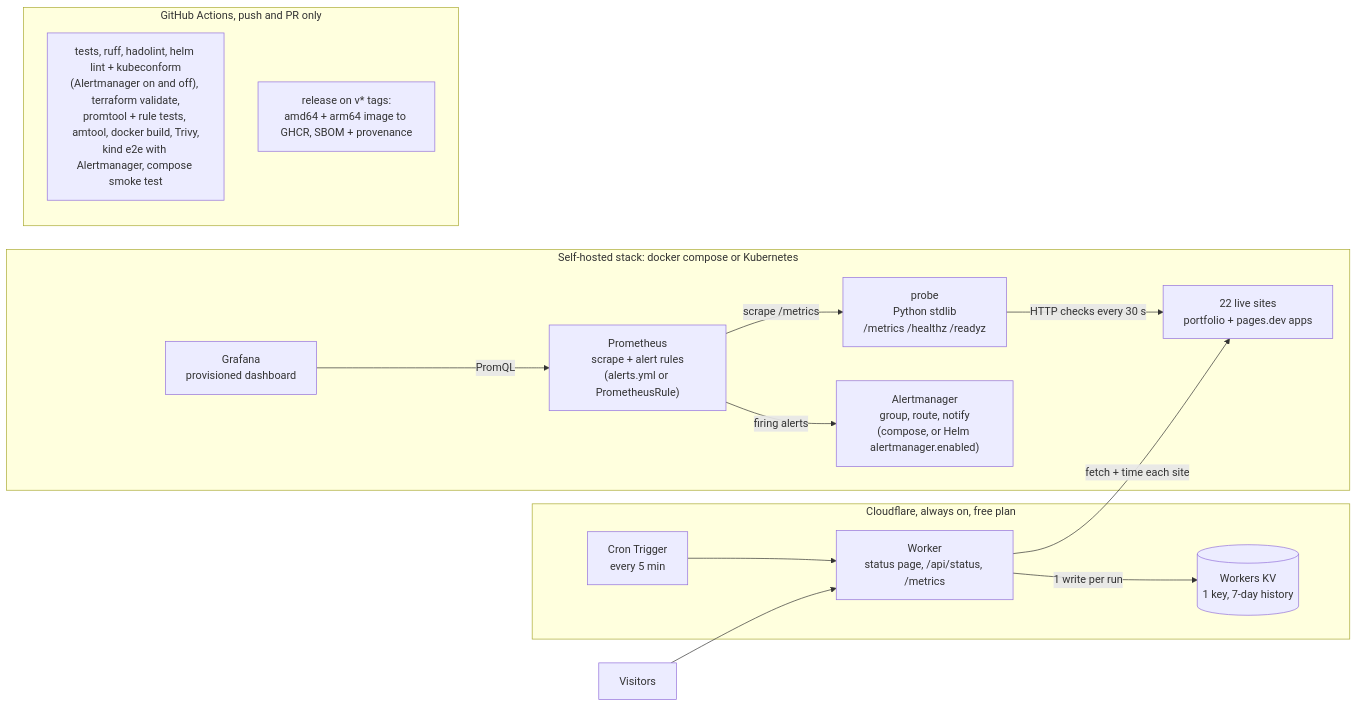
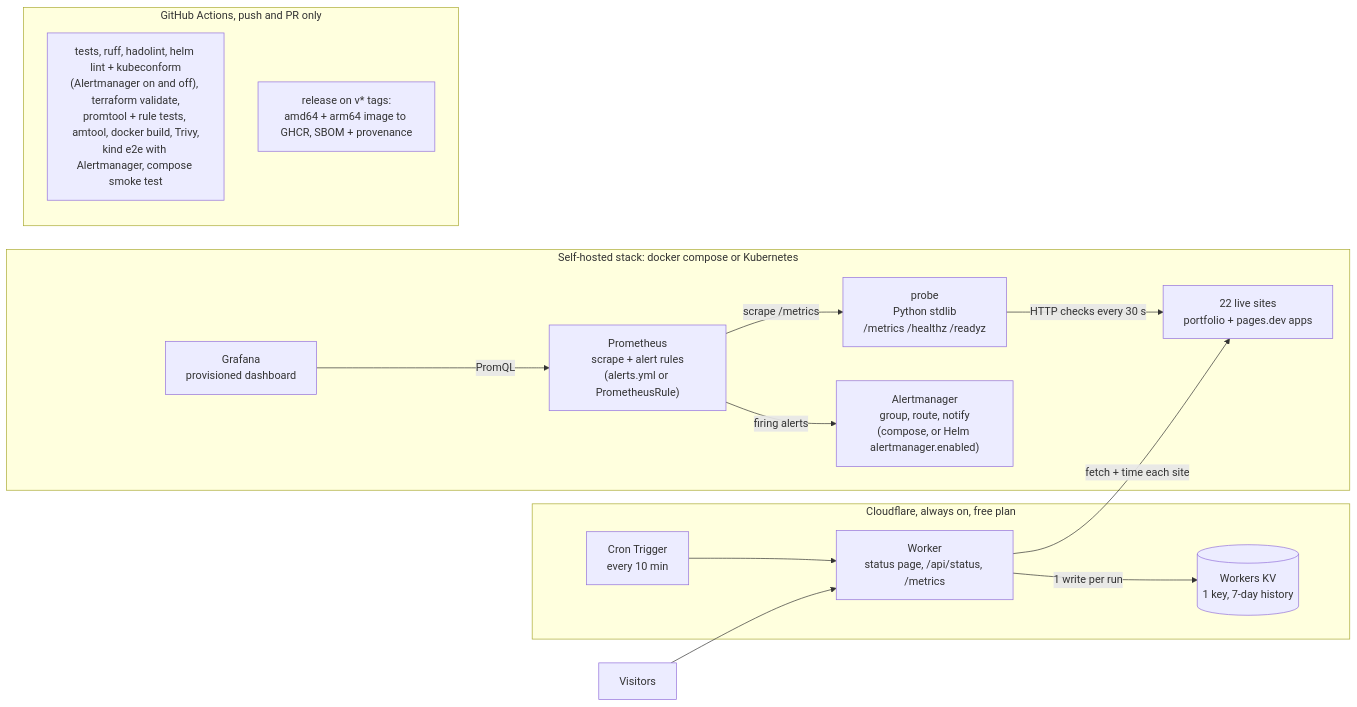
One commit to naniiic137/fleetwatch changed the first of 2 diagrams in README.md. Above: the diagram before and after it, drawn with Mermaid. The commit also changed other lines of this file and 10 other files, not shown here.

````diff
--- a/README.md
+++ b/README.md
@@ -18,31 +18,31 @@
 ```mermaid
 flowchart LR
     sites["22 live sites<br/>portfolio + pages.dev apps"]
 
     subgraph local["Self-hosted stack: docker compose or Kubernetes"]
         probe["probe<br/>Python stdlib<br/>/metrics /healthz /readyz"]
         prom["Prometheus<br/>scrape + alert rules<br/>(alerts.yml or PrometheusRule)"]
         am["Alertmanager<br/>group, route, notify<br/>(compose, or Helm alertmanager.enabled)"]
         graf["Grafana<br/>provisioned dashboard"]
         probe -- "HTTP checks every 30 s" --> sites
         prom -- "scrape /metrics" --> probe
         prom -- "firing alerts" --> am
         graf -- "PromQL" --> prom
     end
 
     subgraph cf["Cloudflare, always on, free plan"]
-        cron["Cron Trigger<br/>every 5 min"]
+        cron["Cron Trigger<br/>every 10 min"]
         worker["Worker<br/>status page, /api/status, /metrics"]
         kv[("Workers KV<br/>1 key, 7-day history")]
         cron --> worker
         worker -- "fetch + time each site" --> sites
         worker -- "1 write per run" --> kv
     end
 
     visitors["Visitors"] --> worker
 
     subgraph gha["GitHub Actions, push and PR only"]
         ci["tests, ruff, hadolint, helm lint + kubeconform<br/>(Alertmanager on and off), terraform validate,<br/>promtool + rule tests, amtool, docker build, Trivy,<br/>kind e2e with Alertmanager, compose smoke test"]
         rel["release on v* tags:<br/>amd64 + arm64 image to GHCR, SBOM + provenance"]
     end
 ```
````
